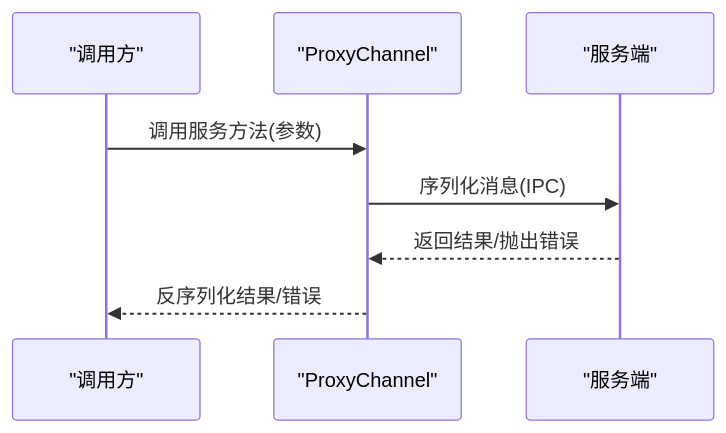
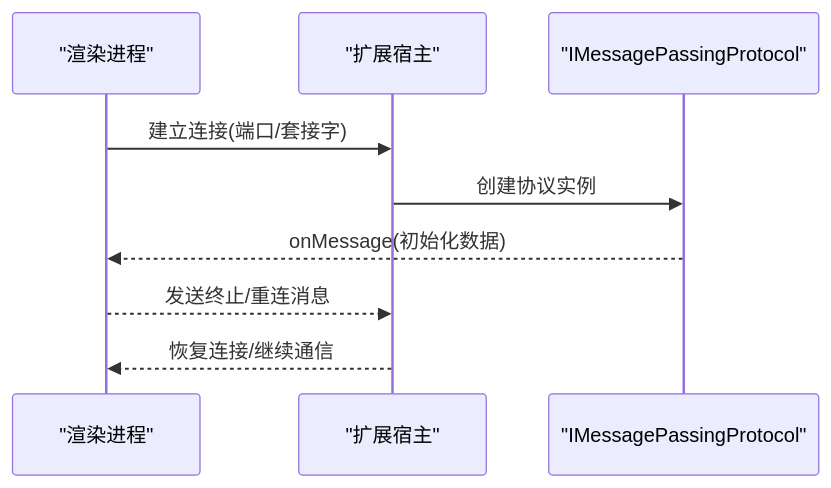
The fifth of 9 diagrams in .qoder/repowiki/zh/content/架构设计/组件交互模式.md (sofate798/KodrixCode), drawn with Mermaid before and after one commit. The commit also changed other lines of this file and 178 other files, not shown here.

````diff
--- a/.qoder/repowiki/zh/content/架构设计/组件交互模式.md
+++ b/.qoder/repowiki/zh/content/架构设计/组件交互模式.md
@@ -137,10 +194,11 @@
 ```mermaid
 sequenceDiagram
-participant Client as "调用方"
-participant Channel as "ProxyChannel"
-participant Server as "服务端"
-Client->>Channel : 调用服务方法(参数)
-Channel->>Server : 序列化消息(IPC)
-Server-->>Channel : 返回结果/抛出错误
-Channel-->>Client : 反序列化结果/错误
+participant Renderer as "渲染进程"
+participant ExtHost as "扩展宿主"
+participant Proto as "IMessagePassingProtocol"
+Renderer->>ExtHost : 建立连接(端口/套接字)
+ExtHost->>Proto : 创建协议实例
+Proto-->>Renderer : onMessage(初始化数据)
+Renderer-->>ExtHost : 发送终止/重连消息
+ExtHost-->>Renderer : 恢复连接/继续通信
 ```
````
